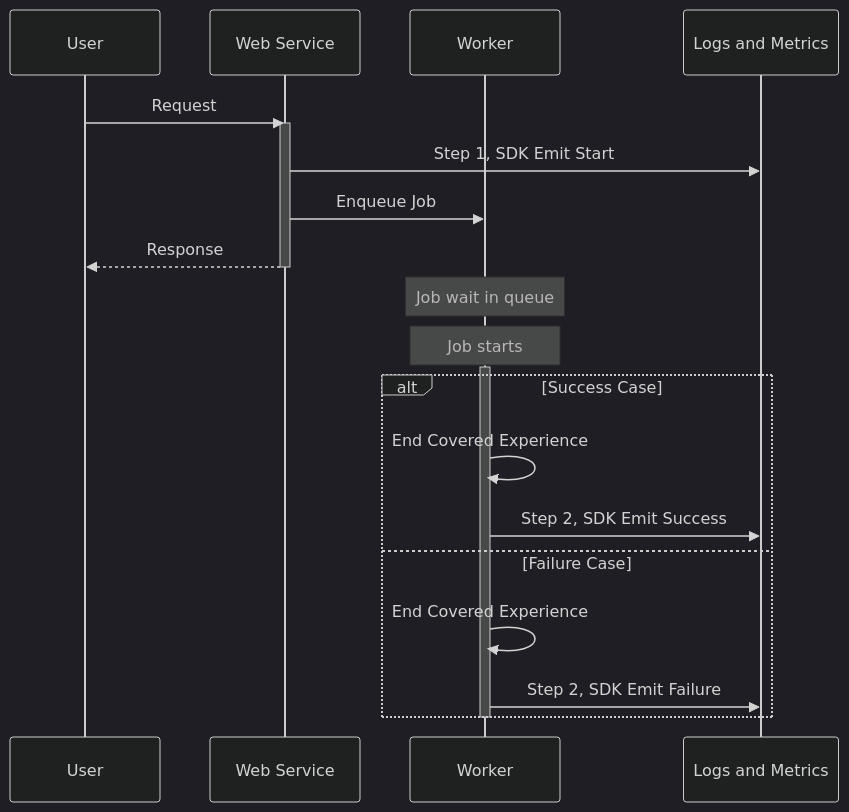
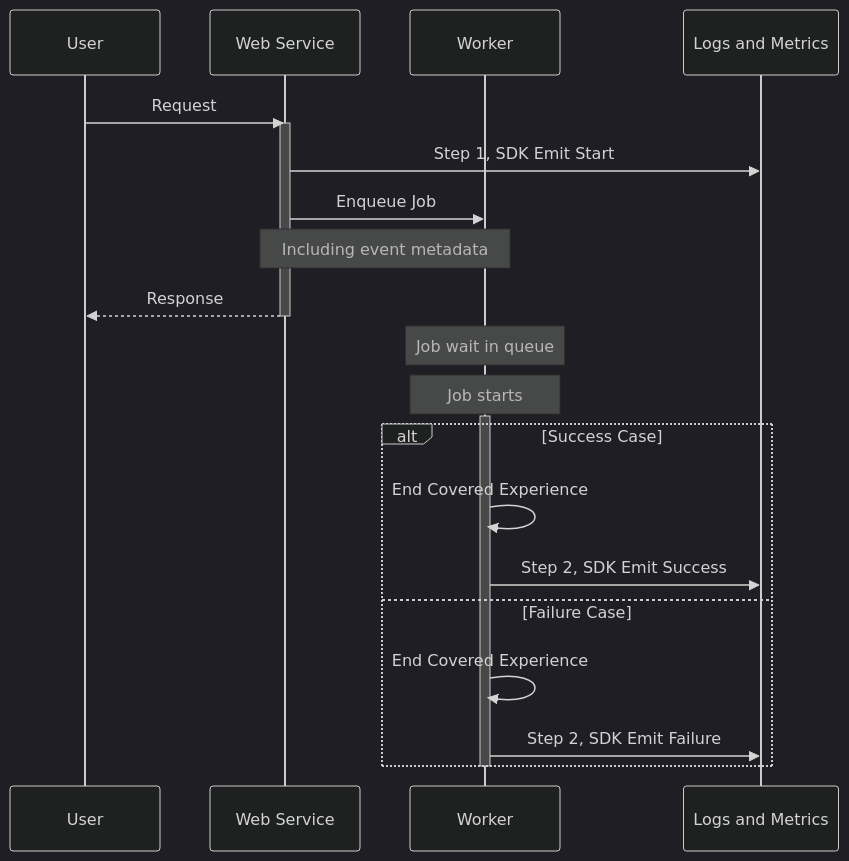
The diagram in content/handbook/engineering/architecture/design-documents/covered_experience_slis/_index.md (zalyoung/gitlab-handbook), drawn with Mermaid (dark theme) before and after one commit.

Commit message:
chore: Including event metadata note to diagram

````diff
--- a/content/handbook/engineering/architecture/design-documents/covered_experience_slis/_index.md
+++ b/content/handbook/engineering/architecture/design-documents/covered_experience_slis/_index.md
@@ -100,31 +100,34 @@
 ```mermaid
 sequenceDiagram
     participant User
     participant Web as Web Service
     participant Worker
     participant Event as Logs and Metrics
 
     User->>Web: Request
     activate Web
 
     Web->>Event: Step 1, SDK Emit Start
     Web->>Worker: Enqueue Job
+    %% enqueued job will have all the Covered Experience relevant context,
+    %% such as `covered_experience_event_id`, `user_journey_event_id`, and so on
+    Note over Web,Worker: Including event metadata
     Web-->>User: Response
     deactivate Web
 
     Note over Worker: Job wait in queue
 
     Note over Worker: Job starts
     activate Worker
 
     alt Success Case
         Worker->>Worker: End Covered Experience
         Worker->>Event: Step 2, SDK Emit Success
     else Failure Case
         Worker->>Worker: End Covered Experience
         Worker->>Event: Step 2, SDK Emit Failure
     end
 
     deactivate Worker
 
 ```
````
